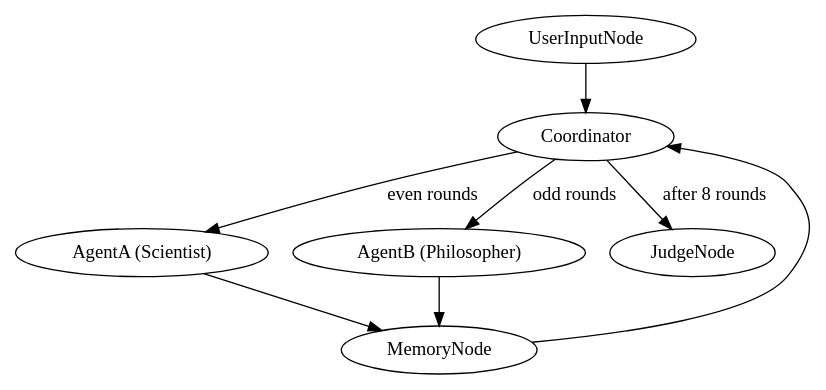
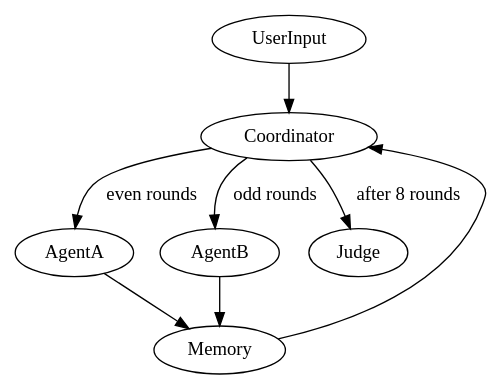
The diagram in dag.dot (ShreyMangle/multi-agent-debate-langgraph), drawn with Graphviz before and after one commit. The commit also changed 1 other file, not shown here.

Commit message:
fixed dag file and cleaned vd code issues

```diff
--- a/dag.dot
+++ b/dag.dot
@@ -1,16 +1,10 @@
-// LangGraph Multi-Agent Debate DAG
-digraph {
-	UserInput [label=UserInputNode]
-	Coordinator [label=Coordinator]
-	AgentA [label="AgentA (Scientist)"]
-	AgentB [label="AgentB (Philosopher)"]
-	Memory [label=MemoryNode]
-	Judge [label=JudgeNode]
-	UserInput -> Coordinator
-	Coordinator -> AgentA [label="even rounds"]
-	Coordinator -> AgentB [label="odd rounds"]
-	AgentA -> Memory
-	AgentB -> Memory
-	Memory -> Coordinator
-	Coordinator -> Judge [label="after 8 rounds"]
+
+digraph LangGraphDebate {
+    UserInput -> Coordinator;
+    Coordinator -> AgentA [label="even rounds"];
+    Coordinator -> AgentB [label="odd rounds"];
+    AgentA -> Memory;
+    AgentB -> Memory;
+    Memory -> Coordinator;
+    Coordinator -> Judge [label="after 8 rounds"];
 }
```
